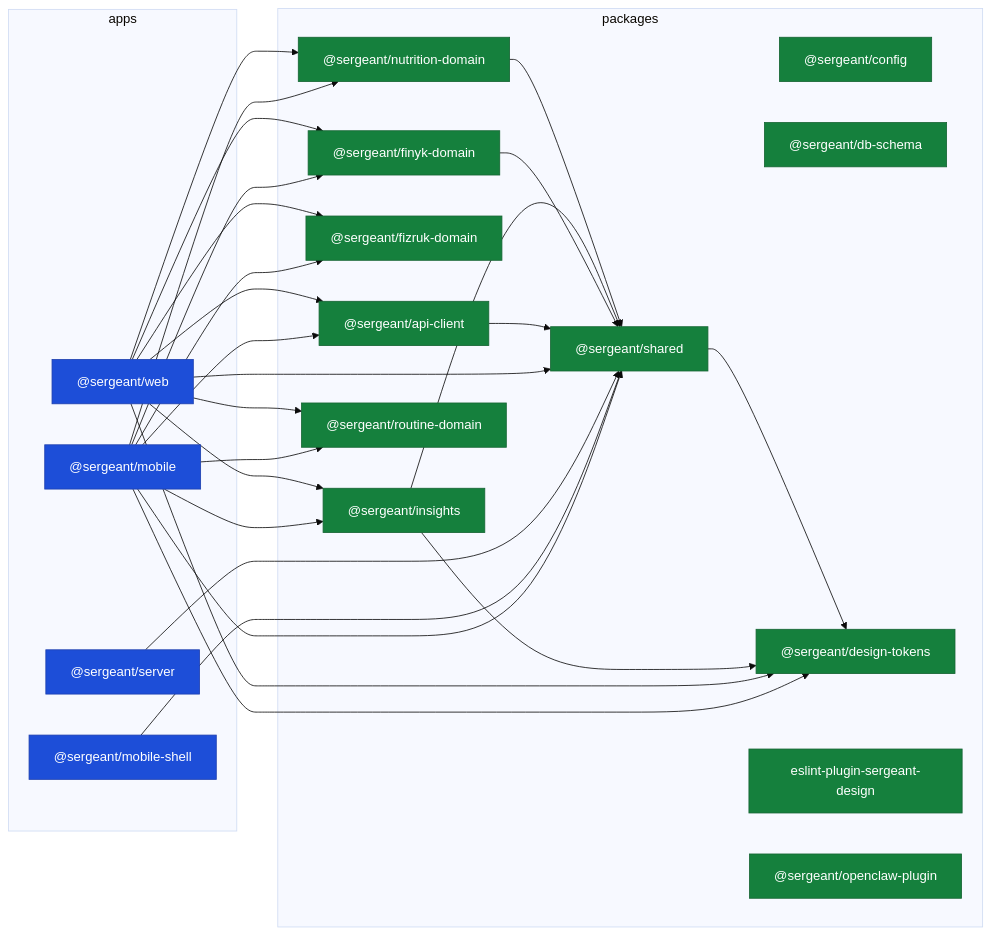
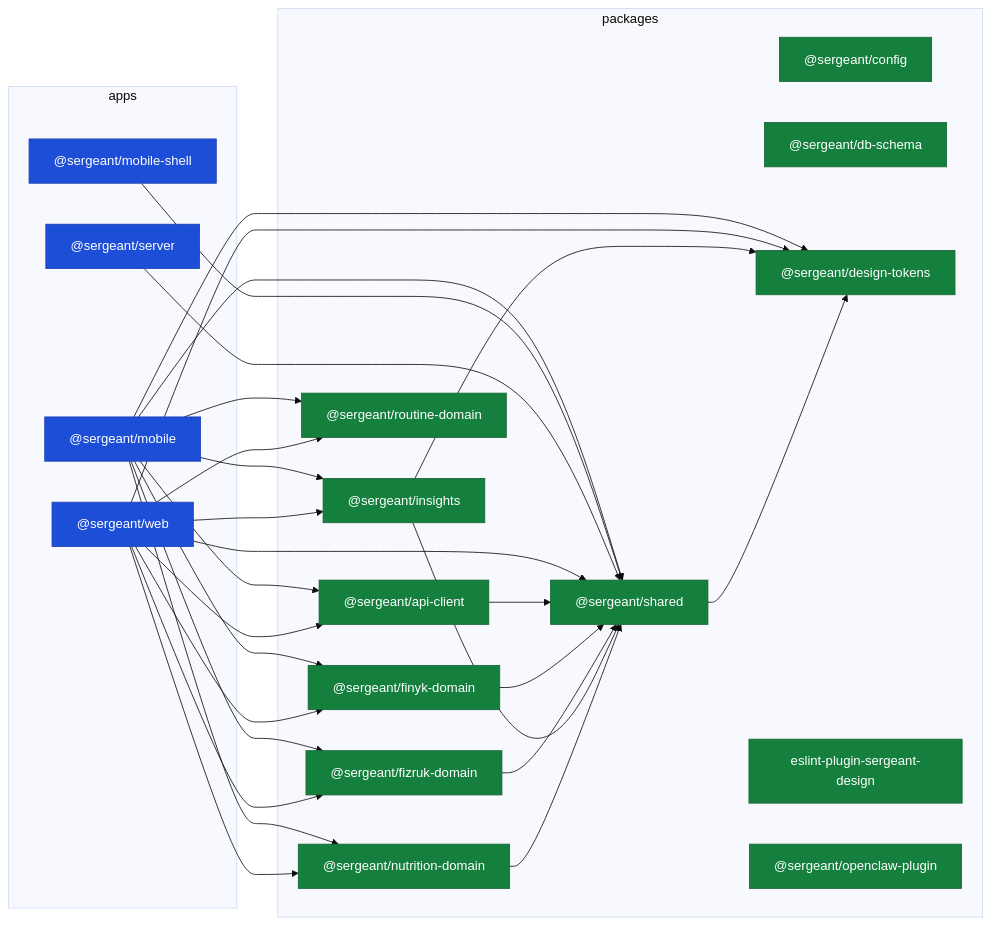
Before and after one commit to SkOrDs-02/sergeant: the diagram in docs/02-engineering/architecture/diagrams/c3-workspaces.md, drawn with Mermaid (base theme). The commit also changed other lines of this file and 30 other files, not shown here.

````diff
--- a/docs/02-engineering/architecture/diagrams/c3-workspaces.md
+++ b/docs/02-engineering/architecture/diagrams/c3-workspaces.md
@@ -14,53 +14,54 @@
 ```mermaid
 flowchart LR
     subgraph apps["apps"]
         apps_mobile["@sergeant/mobile"]
         apps_mobile_shell["@sergeant/mobile-shell"]
         apps_server["@sergeant/server"]
         apps_web["@sergeant/web"]
     end
     subgraph packages["packages"]
         packages_api_client["@sergeant/api-client"]
         packages_config["@sergeant/config"]
         packages_db_schema["@sergeant/db-schema"]
         packages_design_tokens["@sergeant/design-tokens"]
         packages_eslint_plugin_sergeant_design["eslint-plugin-sergeant-design"]
         packages_finyk_domain["@sergeant/finyk-domain"]
         packages_fizruk_domain["@sergeant/fizruk-domain"]
         packages_insights["@sergeant/insights"]
         packages_nutrition_domain["@sergeant/nutrition-domain"]
         packages_openclaw_plugin["@sergeant/openclaw-plugin"]
         packages_routine_domain["@sergeant/routine-domain"]
         packages_shared["@sergeant/shared"]
     end
     apps_mobile --> packages_api_client
     apps_mobile --> packages_design_tokens
     apps_mobile --> packages_finyk_domain
     apps_mobile --> packages_fizruk_domain
     apps_mobile --> packages_insights
     apps_mobile --> packages_nutrition_domain
     apps_mobile --> packages_routine_domain
     apps_mobile --> packages_shared
     apps_mobile_shell --> packages_shared
     apps_server --> packages_shared
     apps_web --> packages_api_client
     apps_web --> packages_design_tokens
     apps_web --> packages_finyk_domain
     apps_web --> packages_fizruk_domain
     apps_web --> packages_insights
     apps_web --> packages_nutrition_domain
     apps_web --> packages_routine_domain
     apps_web --> packages_shared
     packages_api_client --> packages_shared
     packages_finyk_domain --> packages_shared
+    packages_fizruk_domain --> packages_shared
     packages_insights --> packages_design_tokens
     packages_insights --> packages_shared
     packages_nutrition_domain --> packages_shared
     packages_shared --> packages_design_tokens
 
     classDef app fill:#1d4ed8,stroke:#1e40af,color:#fff
     classDef tool fill:#b45309,stroke:#7c2d12,color:#fff
     classDef package fill:#15803d,stroke:#166534,color:#fff
     class apps_mobile,apps_mobile_shell,apps_server,apps_web app
     class packages_api_client,packages_config,packages_db_schema,packages_design_tokens,packages_eslint_plugin_sergeant_design,packages_finyk_domain,packages_fizruk_domain,packages_insights,packages_nutrition_domain,packages_openclaw_plugin,packages_routine_domain,packages_shared package
 ```
````
